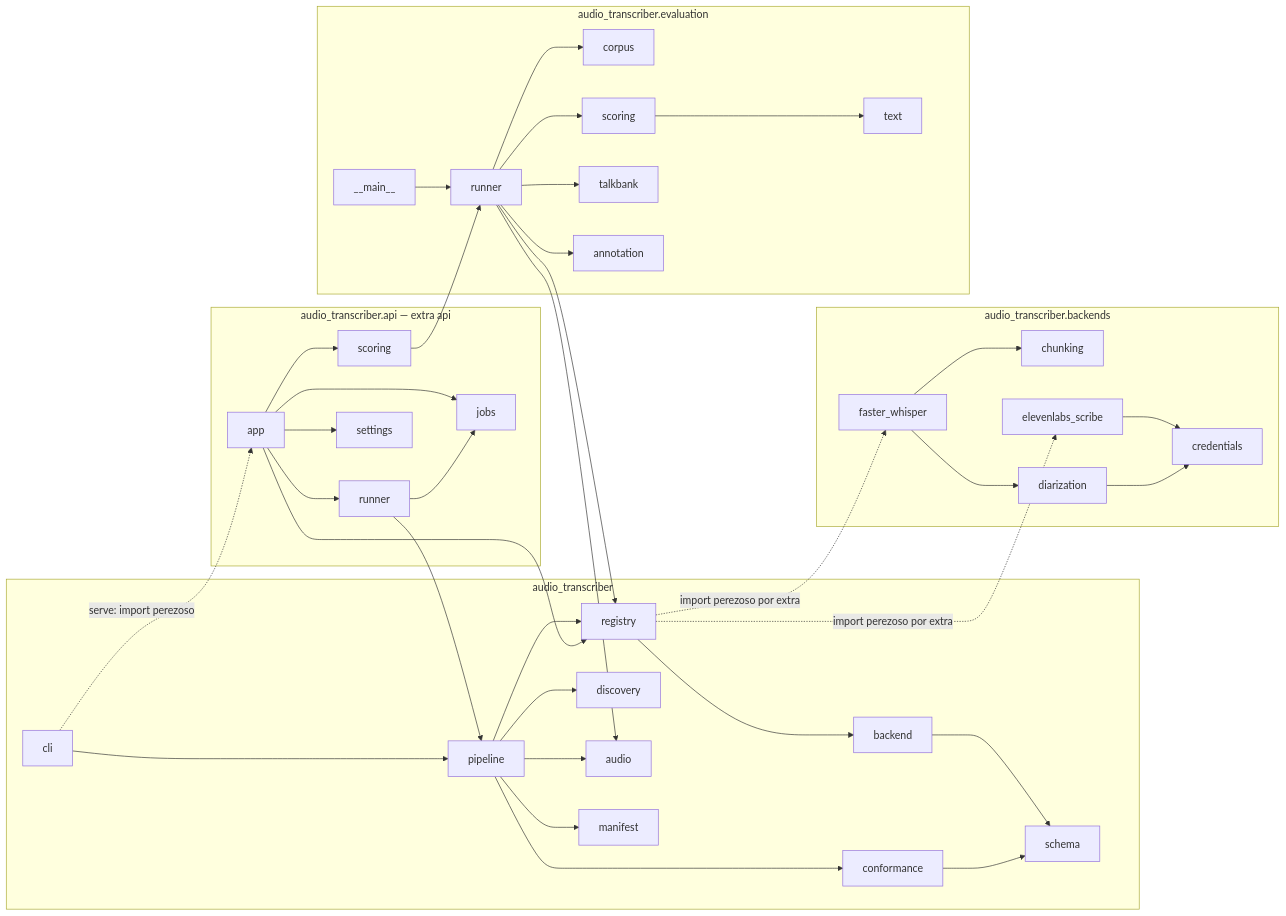
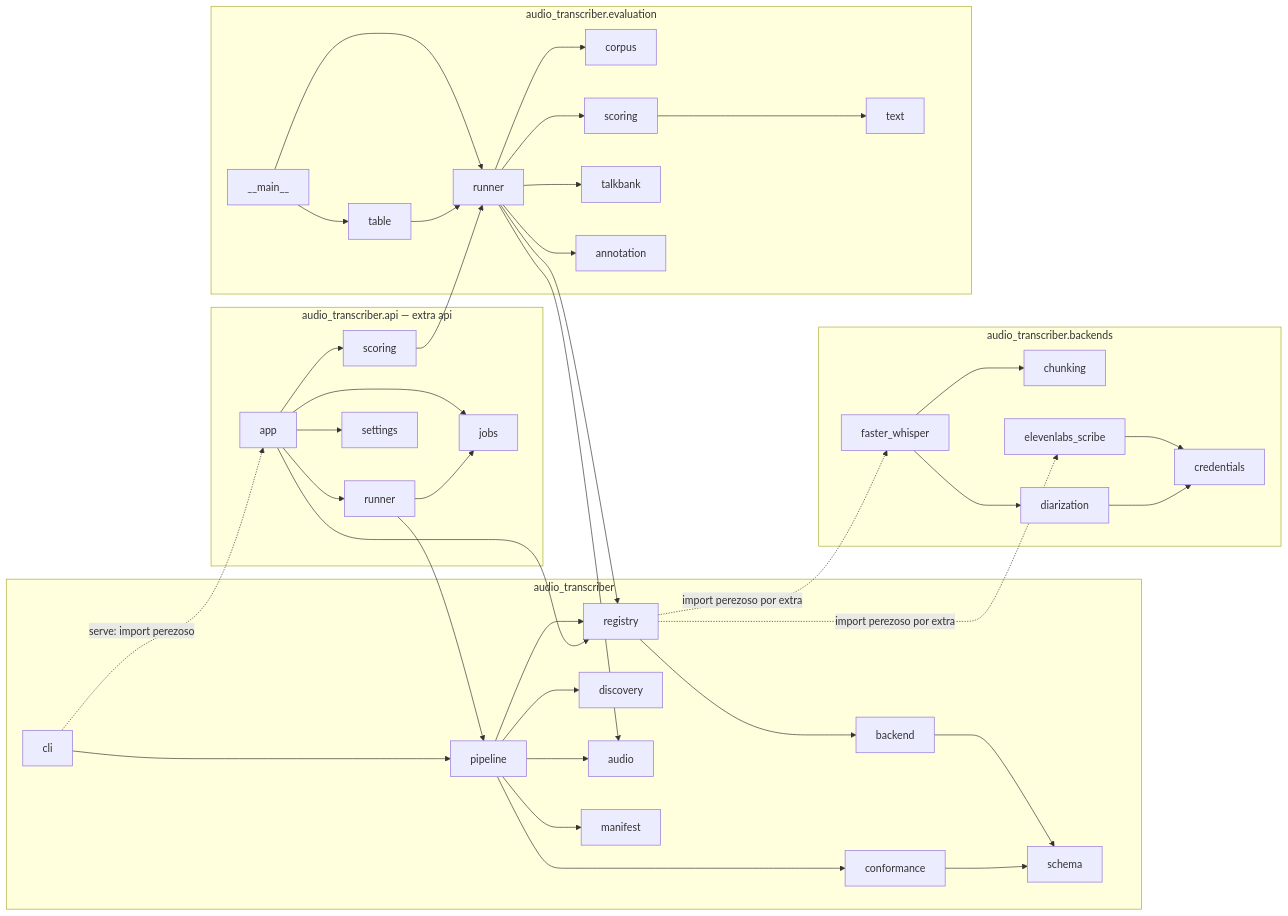
The fourth of 8 diagrams in docs/diagramas.md (sebaesc/audio-transcriber), drawn with Mermaid before and after one commit. The commit also changed other lines of this file and 2 other files, not shown here.

Commit message:
docs(evaluation): document the comparison table and the metric definitions Claude-Session: https://claude.ai/code/session_01T3NDuQhDjtbeBpVoGDZo5i

````diff
--- a/docs/diagramas.md
+++ b/docs/diagramas.md
@@ -261,43 +261,45 @@
 ```mermaid
 flowchart LR
     subgraph core [audio_transcriber]
         cli --> pipeline
         pipeline --> registry
         pipeline --> discovery
         pipeline --> audio
         pipeline --> manifest
         pipeline --> conformance
         registry --> backend
         backend --> schema
         conformance --> schema
     end
     subgraph backends [audio_transcriber.backends]
         faster_whisper --> chunking
         faster_whisper --> diarization
         elevenlabs_scribe --> credentials
         diarization --> credentials
     end
     subgraph evaluation [audio_transcriber.evaluation]
         eval_main[__main__] --> runner
+        eval_main --> table
+        table --> runner
         runner --> corpus
         runner --> scoring
         runner --> talkbank
         runner --> annotation
         scoring --> text
     end
     subgraph api [audio_transcriber.api — extra api]
         app --> jobs
         app --> api_runner[runner]
         app --> api_scoring[scoring]
         app --> settings
         api_runner --> jobs
     end
     registry -. import perezoso por extra .-> faster_whisper
     registry -. import perezoso por extra .-> elevenlabs_scribe
     runner --> registry
     runner --> audio
     cli -. serve: import perezoso .-> app
     app --> registry
     api_runner --> pipeline
     api_scoring --> runner
 ```
````
